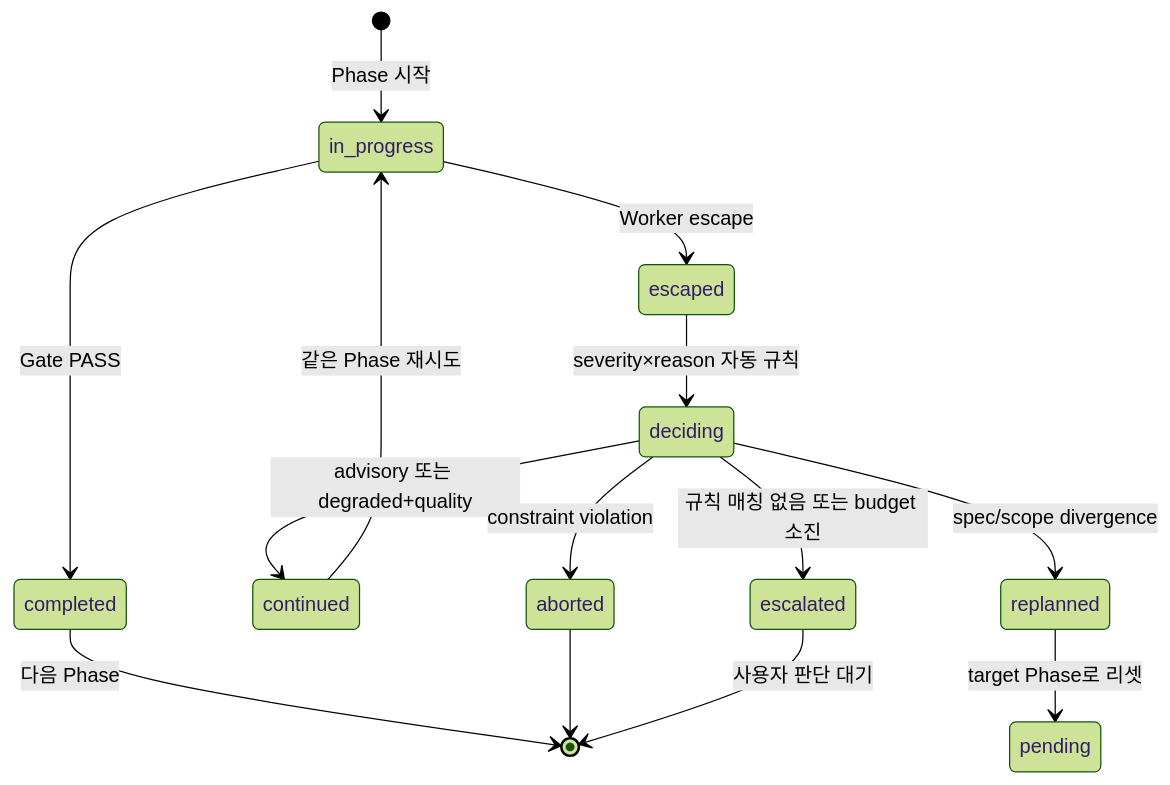
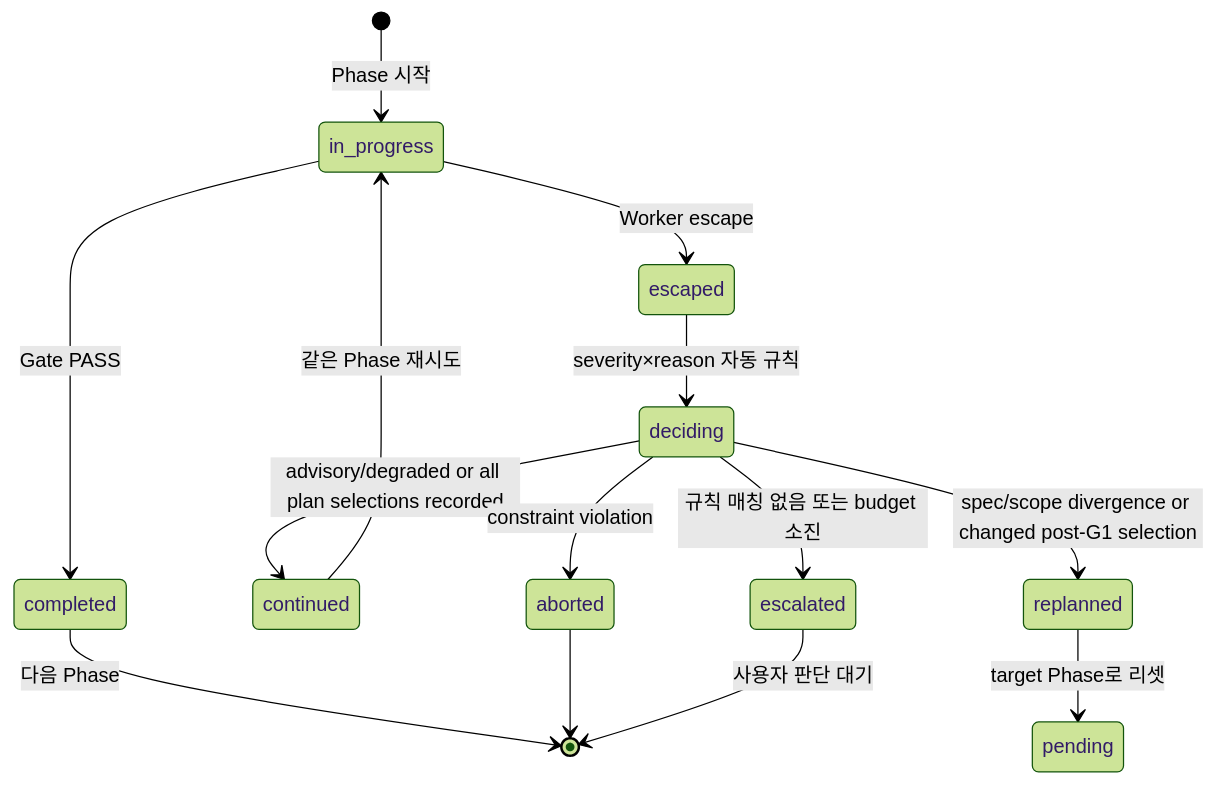
The third of 3 diagrams in docs/architecture/02-wf-pipeline.md (coldplay126/ai-workflow-tools), drawn with Mermaid (forest theme) before and after one commit. The commit also changed other lines of this file and 17 other files, not shown here.

````diff
--- a/docs/architecture/02-wf-pipeline.md
+++ b/docs/architecture/02-wf-pipeline.md
@@ -53,18 +53,18 @@
 ```mermaid
 stateDiagram-v2
     [*] --> in_progress: Phase 시작
     in_progress --> completed: Gate PASS
     in_progress --> escaped: Worker escape
     escaped --> deciding: severity×reason 자동 규칙
 
-    deciding --> continued: advisory 또는 degraded+quality
-    deciding --> replanned: spec/scope divergence
+    deciding --> continued: advisory/degraded or all plan selections recorded
+    deciding --> replanned: spec/scope divergence or changed post-G1 selection
     deciding --> aborted: constraint violation
     deciding --> escalated: 규칙 매칭 없음 또는 budget 소진
 
     continued --> in_progress: 같은 Phase 재시도
     replanned --> pending: target Phase로 리셋
     completed --> [*]: 다음 Phase
     aborted --> [*]
     escalated --> [*]: 사용자 판단 대기
 ```
````
